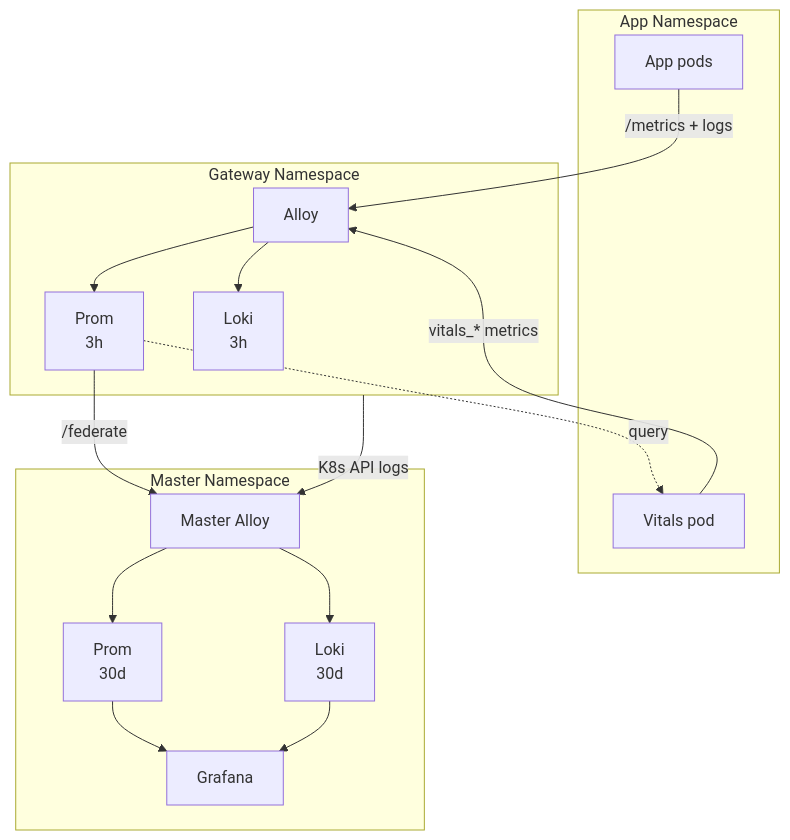
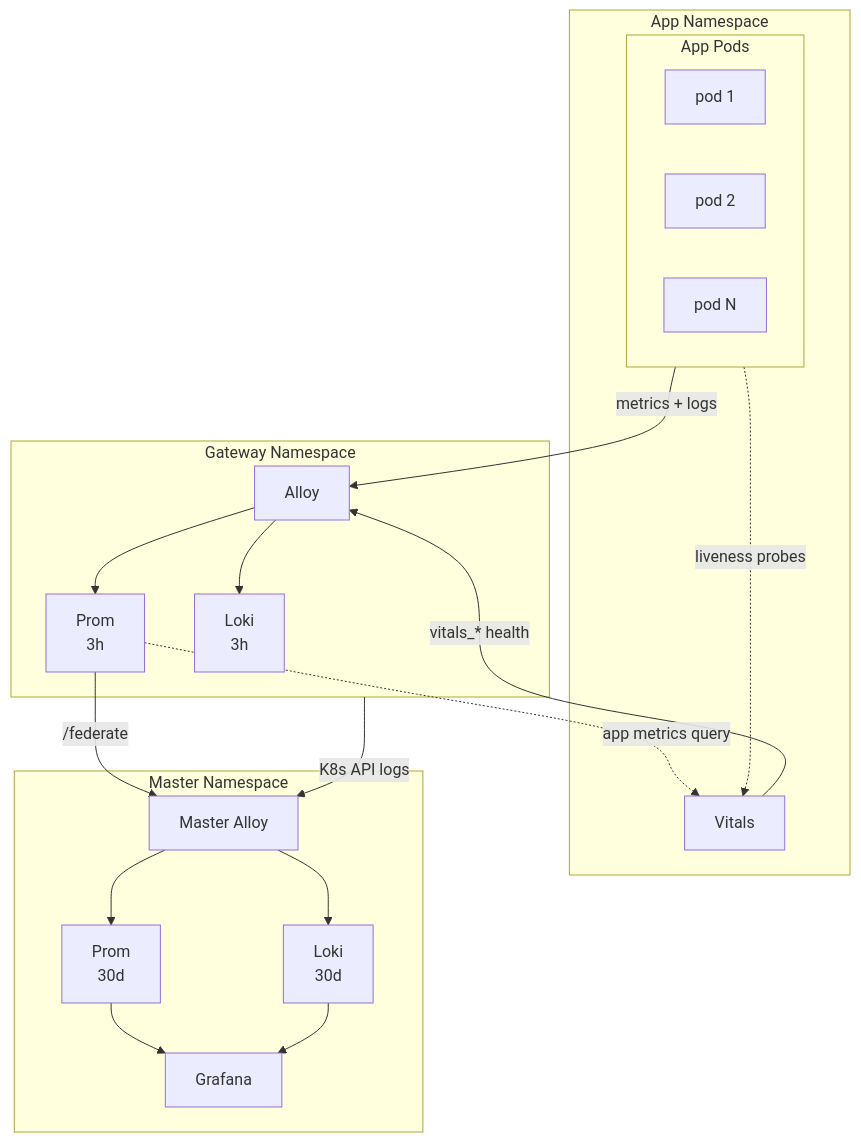
Before and after one commit to Kord96/kordinate: the second of 2 diagrams in docs/reference/patterns/observability-contract.md, drawn with Mermaid. The commit also changed other lines of this file, not shown here.

First line of the commit message:
docs: expand pod nodes in diagrams, show both vitals data paths [scribe]

````diff
--- a/docs/reference/patterns/observability-contract.md
+++ b/docs/reference/patterns/observability-contract.md
@@ -143,23 +148,26 @@
 ```mermaid
 flowchart TB
     subgraph ns[App Namespace]
-        A[App pods]
-        V[Vitals pod]
+        subgraph pods[App Pods]
+            P1[pod 1] & P2[pod 2] & PN[pod N]
+        end
+        VIT[Vitals]
     end
 
     subgraph gw[Gateway Namespace]
-        AL[Alloy] --> P[Prom<br/>3h] & L[Loki<br/>3h]
+        AL[Alloy] --> PR[Prom<br/>3h] & LK[Loki<br/>3h]
     end
 
-    A -->|/metrics + logs| AL
-    V -->|vitals_* metrics| AL
-    P -.->|query| V
+    pods -->|metrics + logs| AL
+    VIT -->|vitals_* health| AL
+    PR -.->|app metrics query| VIT
+    pods -.->|liveness probes| VIT
 
     subgraph master[Master Namespace]
         MA[Master Alloy] --> MP[Prom<br/>30d] & ML[Loki<br/>30d]
         MP & ML --> G[Grafana]
     end
 
-    P -->|/federate| MA
+    PR -->|/federate| MA
     gw -->|K8s API logs| MA
 ```
````
